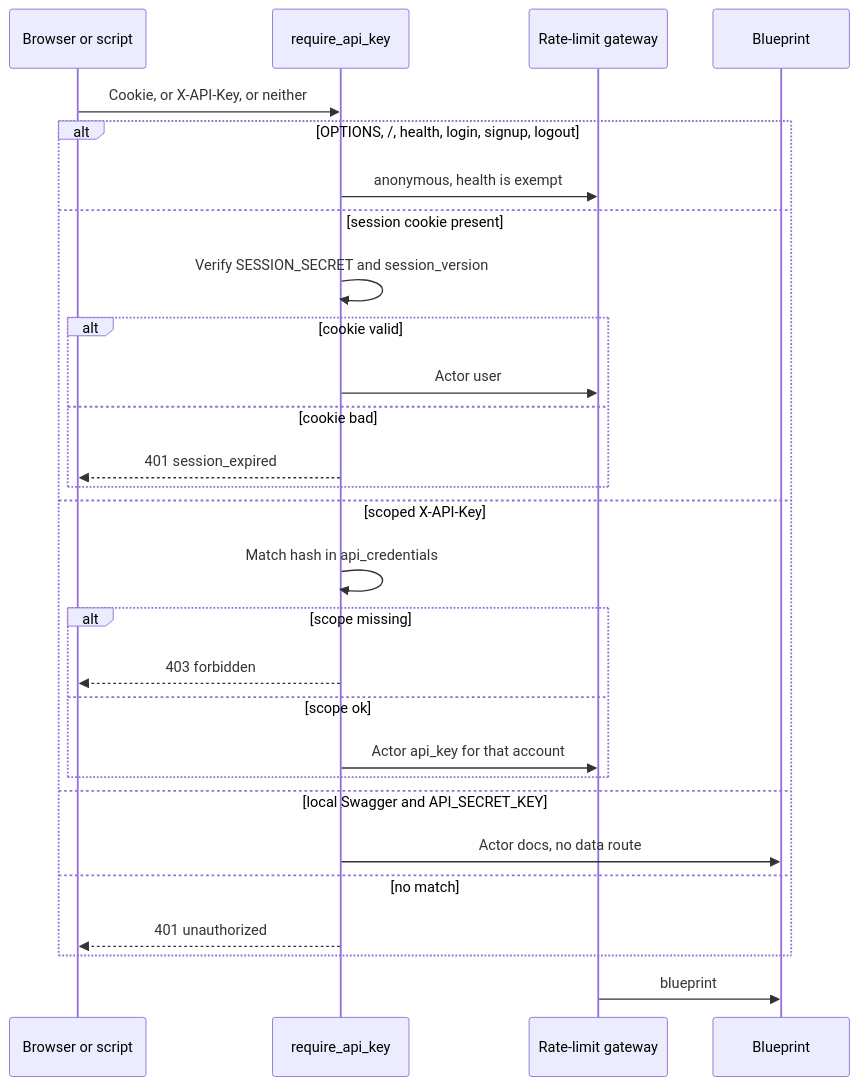
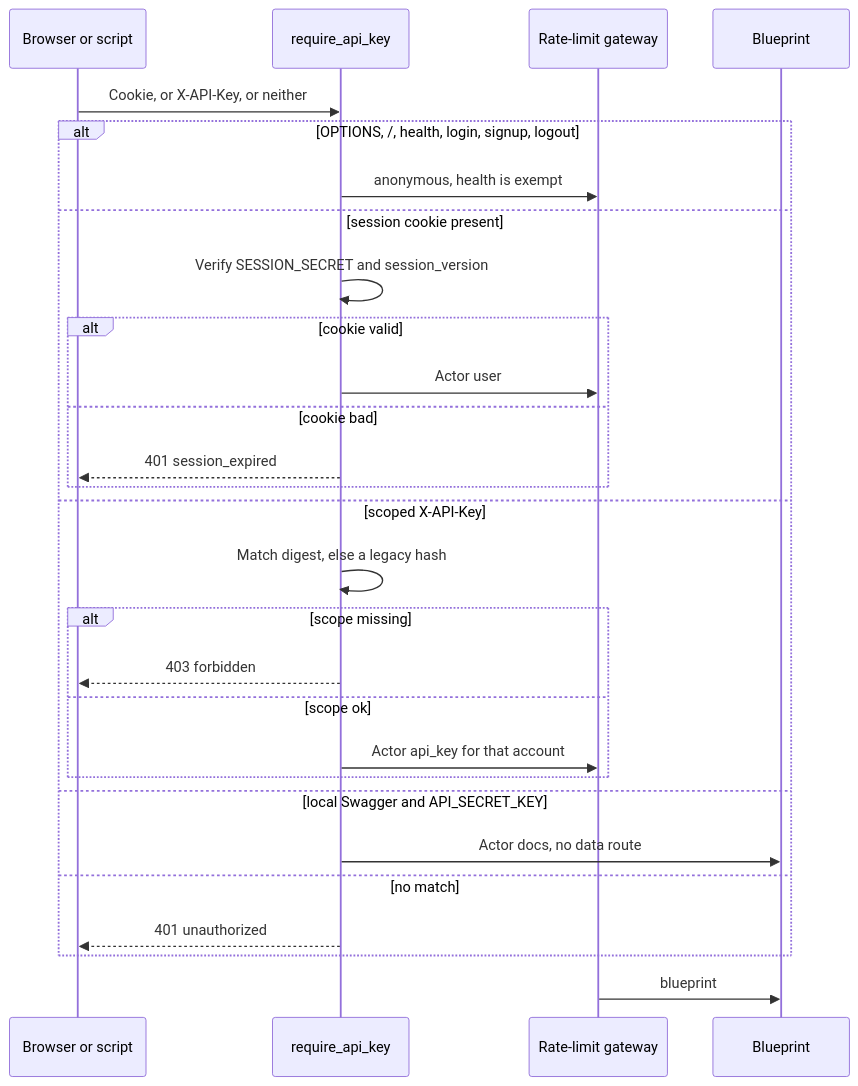
One commit to ShantanuGarg2004/FinPilot changed the diagram in docs/architecture/ARCHITECTURE.md. Above: the diagram before and after it, drawn with Mermaid. The commit also changed other lines of this file, not shown here.

First line of the commit message:
docs: bring the architecture note up to the review follow-ups

````diff
--- a/docs/architecture/ARCHITECTURE.md
+++ b/docs/architecture/ARCHITECTURE.md
@@ -50,31 +52,31 @@
 ```mermaid
 sequenceDiagram
     participant C as Browser or script
     participant A as require_api_key
     participant G as Rate-limit gateway
     participant R as Blueprint
 
     C->>A: Cookie, or X-API-Key, or neither
     alt OPTIONS, /, health, login, signup, logout
         A->>G: anonymous, health is exempt
     else session cookie present
         A->>A: Verify SESSION_SECRET and session_version
         alt cookie valid
             A->>G: Actor user
         else cookie bad
             A-->>C: 401 session_expired
         end
     else scoped X-API-Key
-        A->>A: Match hash in api_credentials
+        A->>A: Match digest, else a legacy hash
         alt scope missing
             A-->>C: 403 forbidden
         else scope ok
             A->>G: Actor api_key for that account
         end
     else local Swagger and API_SECRET_KEY
         A->>R: Actor docs, no data route
     else no match
         A-->>C: 401 unauthorized
     end
     G->>R: blueprint
 ```
````
